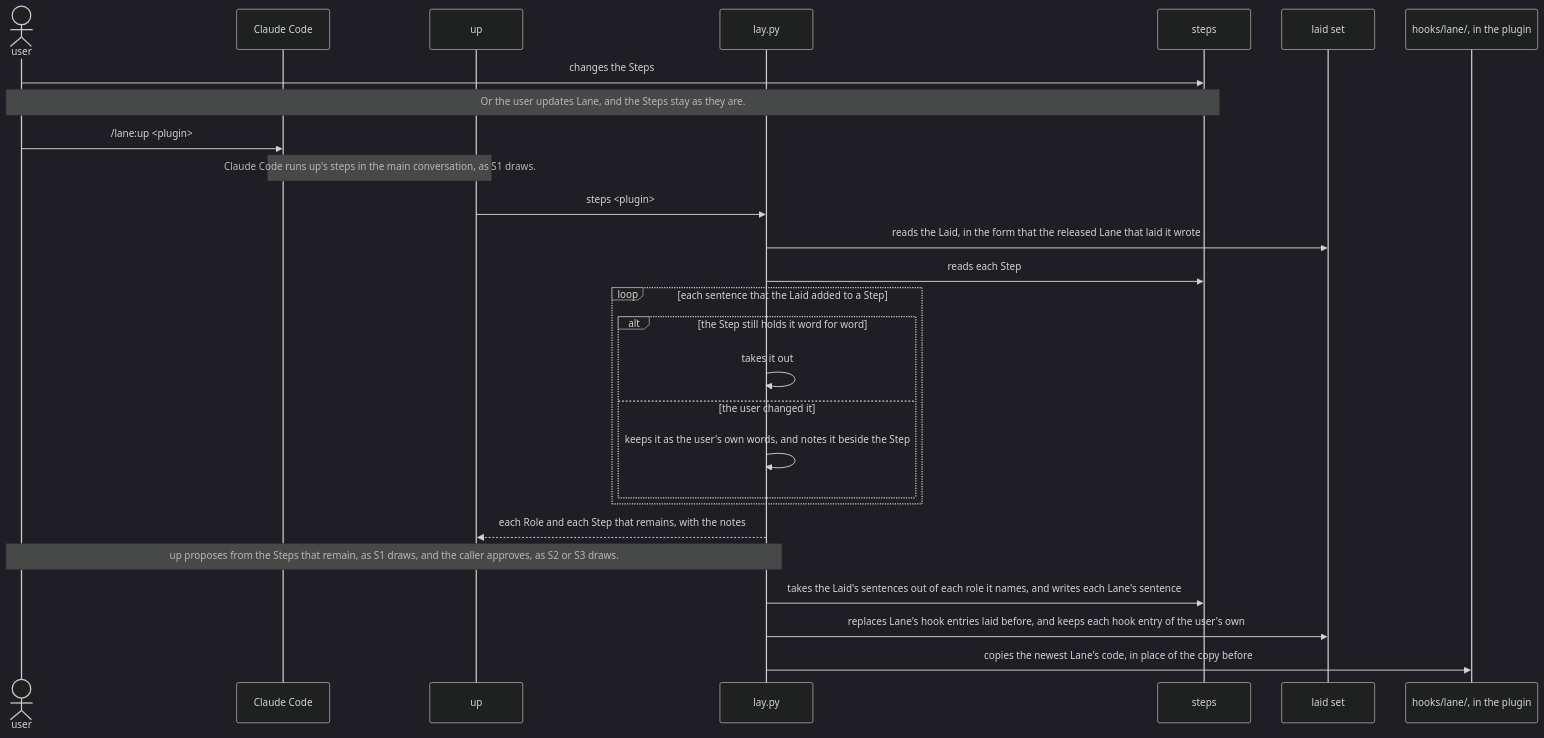
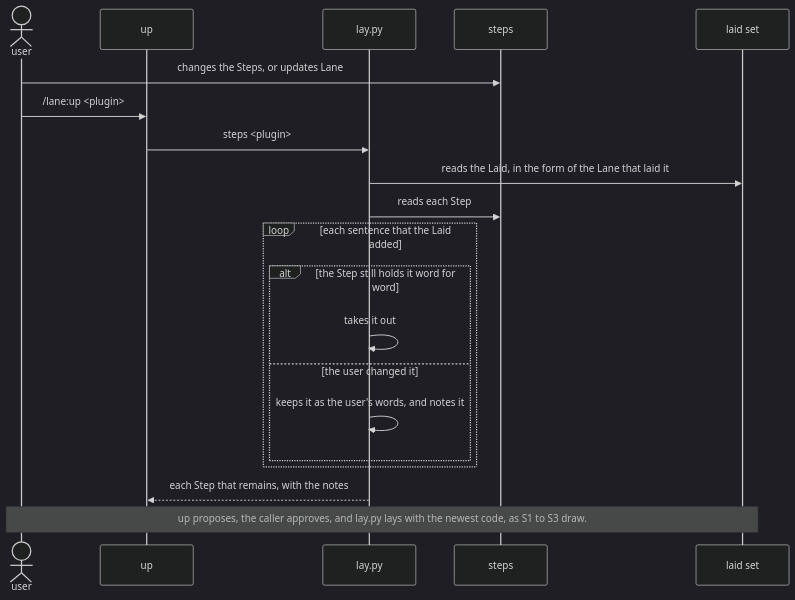
One commit to lovaizu/ccpm changed the fourth of 7 diagrams in dev/lane/architecture.md. Above: the diagram before and after it, drawn with Mermaid (dark theme). The commit also changed other lines of this file and 1 other file, not shown here.

First line of the commit message:
lane's architecture: rebuilt from the design tree's decisions and its inputs to the template, each line of Components a few words of what the part alone decides, each choice one reason and one cost, each kind of data a few words, and each sequence the main path with the branches its tests rest on

````diff
--- a/dev/lane/architecture.md
+++ b/dev/lane/architecture.md
@@ -588,29 +389,22 @@
 ```mermaid
 sequenceDiagram
   actor U as user
-  participant CC as Claude Code
   participant UP as up
   participant L as lay.py
   participant ST as steps
   participant LS as laid set
-  participant HL as hooks/lane/, in the plugin
-  U->>ST: changes the Steps
-  Note over U,ST: Or the user updates Lane, and the Steps stay as they are.
-  U->>CC: /lane:up <plugin>
-  Note over CC,UP: Claude Code runs up's steps in the main conversation, as S1 draws.
+  U->>ST: changes the Steps, or updates Lane
+  U->>UP: /lane:up <plugin>
   UP->>L: steps <plugin>
-  L->>LS: reads the Laid, in the form that the released Lane that laid it wrote
+  L->>LS: reads the Laid, in the form of the Lane that laid it
   L->>ST: reads each Step
-  loop each sentence that the Laid added to a Step
+  loop each sentence that the Laid added
     alt the Step still holds it word for word
       L->>L: takes it out
     else the user changed it
-      L->>L: keeps it as the user's own words, and notes it beside the Step
+      L->>L: keeps it as the user's words, and notes it
     end
   end
-  L-->>UP: each Role and each Step that remains, with the notes
-  Note over U,L: up proposes from the Steps that remain, as S1 draws, and the caller approves, as S2 or S3 draws.
-  L->>ST: takes the Laid's sentences out of each role it names, and writes each Lane's sentence
-  L->>LS: replaces Lane's hook entries laid before, and keeps each hook entry of the user's own
-  L->>HL: copies the newest Lane's code, in place of the copy before
+  L-->>UP: each Step that remains, with the notes
+  Note over U,LS: up proposes, the caller approves, and lay.py lays with the newest code, as S1 to S3 draw.
 ```
````
